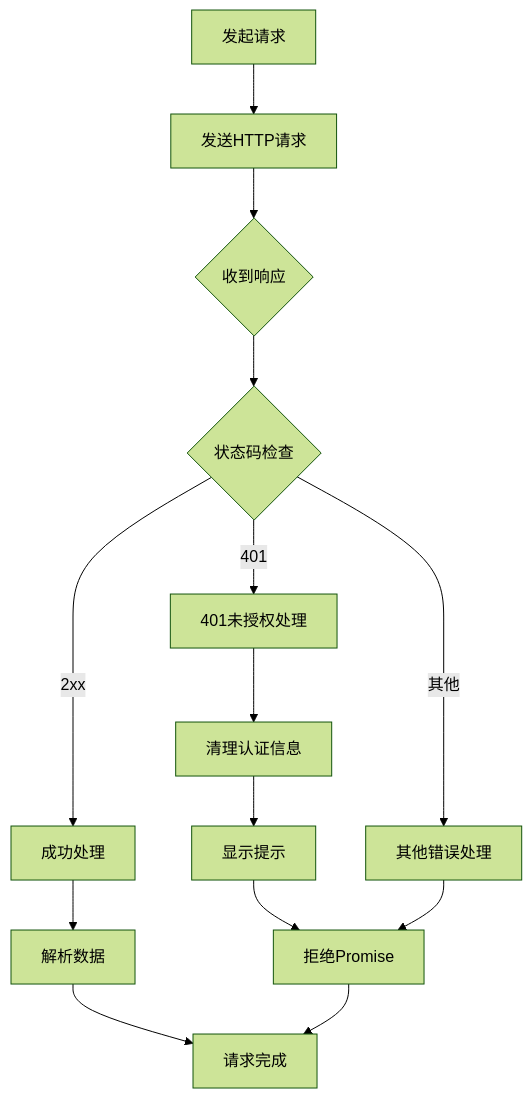
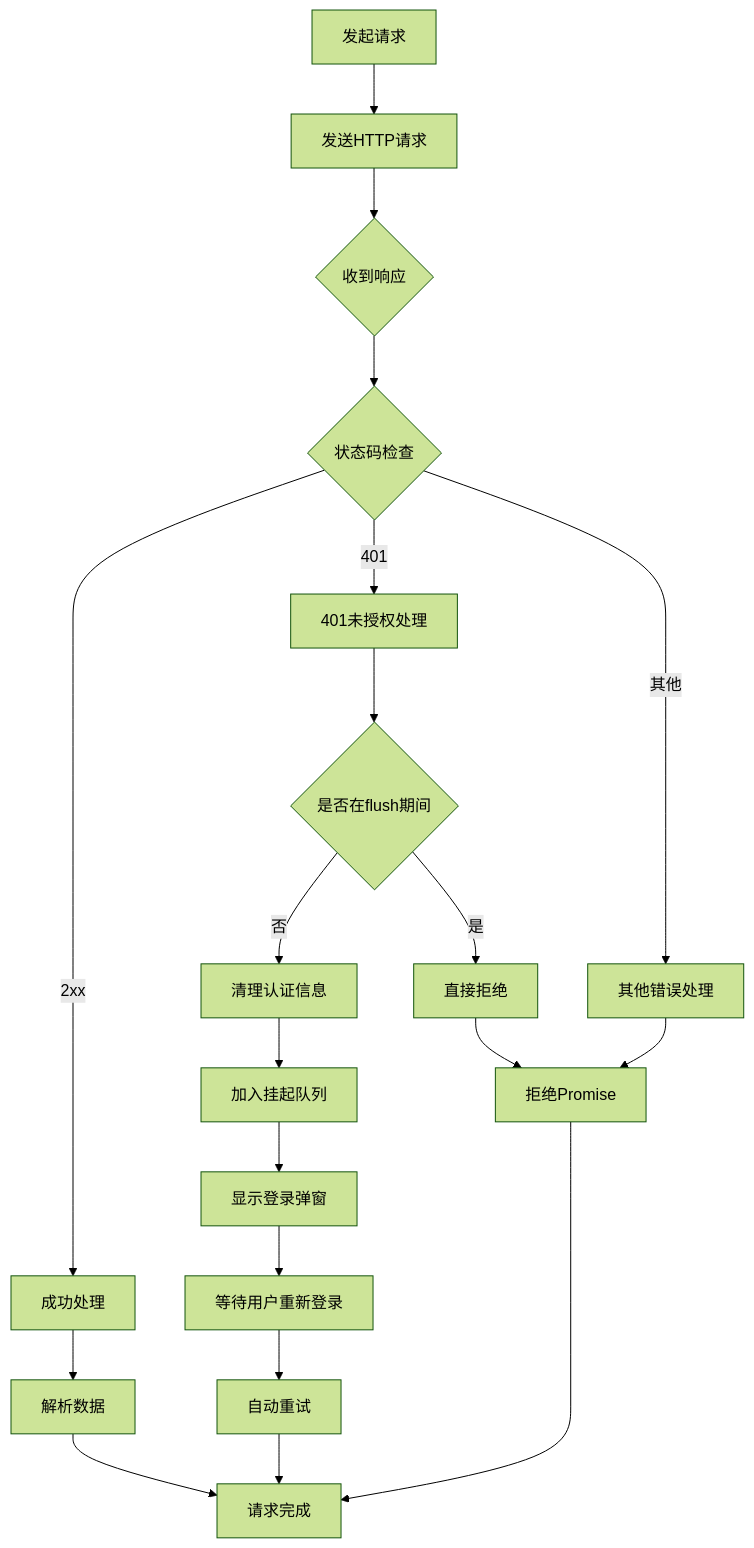
Before and after one commit to crazyma99/blueberry: the third of 8 diagrams in .qoder/repowiki/zh/content/工具模块详解/HTTP请求封装器.md, drawn with Mermaid (forest theme). The commit also changed other lines of this file and 7 other files, not shown here.

````diff
--- a/.qoder/repowiki/zh/content/工具模块详解/HTTP请求封装器.md
+++ b/.qoder/repowiki/zh/content/工具模块详解/HTTP请求封装器.md
@@ -181,16 +218,22 @@
 ```mermaid
 flowchart TD
 Request[发起请求] --> Send[发送HTTP请求]
 Send --> Response{收到响应}
 Response --> Status{状态码检查}
 Status --> |2xx| Success[成功处理]
 Status --> |401| Unauthorized[401未授权处理]
 Status --> |其他| Error[其他错误处理]
-Unauthorized --> ClearAuth[清理认证信息]
-ClearAuth --> Toast[显示提示]
-Toast --> Reject[拒绝Promise]
+Unauthorized --> CheckFlush{是否在flush期间}
+CheckFlush --> |是| DirectReject[直接拒绝]
+CheckFlush --> |否| ClearAuth[清理认证信息]
+ClearAuth --> AddQueue[加入挂起队列]
+AddQueue --> ShowLogin[显示登录弹窗]
+ShowLogin --> WaitRetry[等待用户重新登录]
+DirectReject --> Reject[拒绝Promise]
 Error --> Reject
 Success --> Resolve[解析数据]
 Resolve --> End[请求完成]
+WaitRetry --> Retry[自动重试]
+Retry --> End
 Reject --> End
 ```
````
